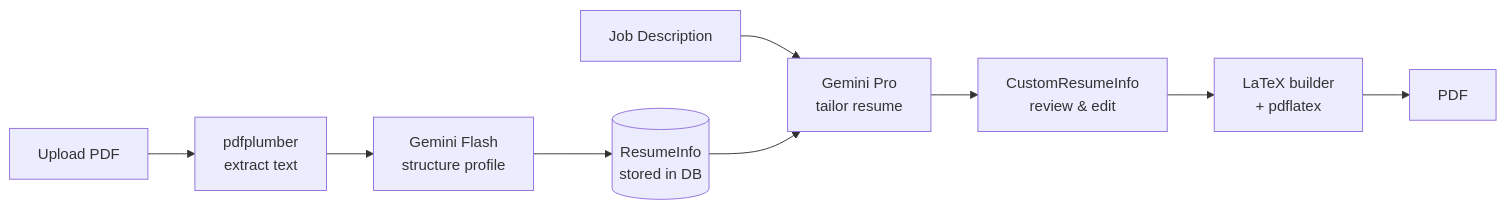
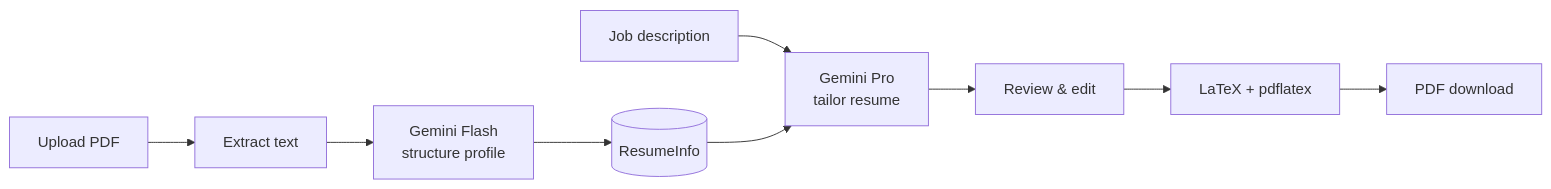
One commit to Anup-Chaurasiya/Twerz-AI-career-SaaS changed the diagram in README.md. Above: the diagram before and after it, drawn with Mermaid. The commit also changed other lines of this file and 1 other file, not shown here.

````diff
--- a/README.md
+++ b/README.md
@@ -11,11 +11,11 @@
 ```mermaid
 flowchart LR
-    A[Upload PDF] --> B[pdfplumber\nextract text]
+    A[Upload PDF] --> B[Extract text]
     B --> C[Gemini Flash\nstructure profile]
-    C --> D[(ResumeInfo\nstored in DB)]
-    E[Job Description] --> F[Gemini Pro\ntailor resume]
+    C --> D[(ResumeInfo)]
+    E[Job description] --> F[Gemini Pro\ntailor resume]
     D --> F
-    F --> G[CustomResumeInfo\nreview & edit]
-    G --> H[LaTeX builder\n+ pdflatex]
-    H --> I[PDF]
+    F --> G[Review & edit]
+    G --> H[LaTeX + pdflatex]
+    H --> I[PDF download]
 ```
````
